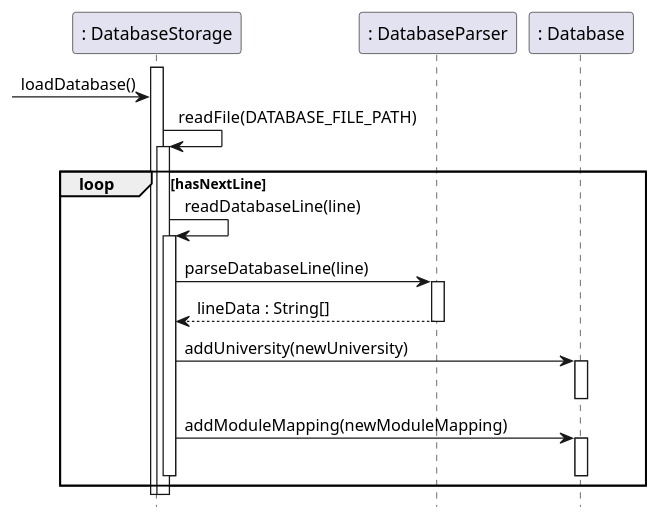
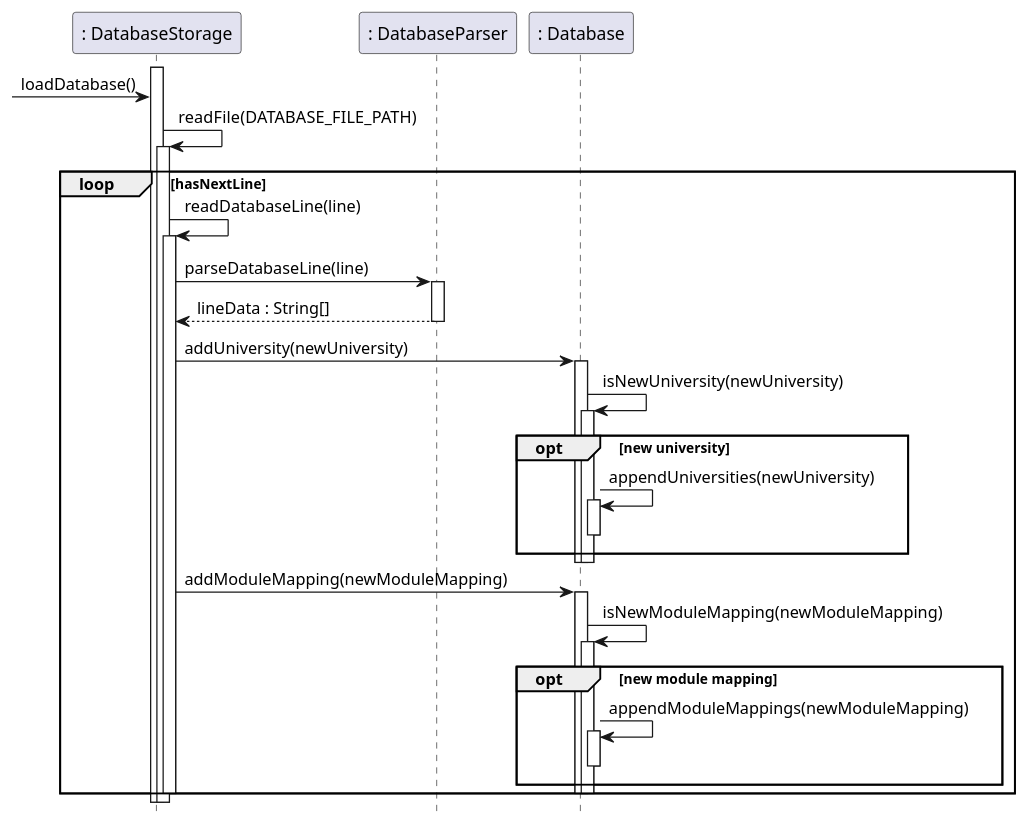
One commit to nus-cs2113-AY2223S1/tp changed the diagram in docs/diagrams/Database_Sequence.puml. Above: the diagram before and after it, drawn with PlantUML. The commit also changed 2 other files, not shown here.

Commit message:
Update database sequence diagram

```diff
--- a/docs/diagrams/Database_Sequence.puml
+++ b/docs/diagrams/Database_Sequence.puml
@@ -1,36 +1,64 @@
 @startuml
 
 hide footbox
 
 activate ": DatabaseStorage"
 
 -> ": DatabaseStorage" : loadDatabase()
 
 ": DatabaseStorage" -> ": DatabaseStorage" : readFile(DATABASE_FILE_PATH)
 activate ": DatabaseStorage"
 
 loop hasNextLine
     ": DatabaseStorage" -> ": DatabaseStorage" : readDatabaseLine(line)
     activate ": DatabaseStorage"
 
     ": DatabaseStorage" -> ": DatabaseParser" : parseDatabaseLine(line)
     activate ": DatabaseParser"
     ": DatabaseParser" --> ": DatabaseStorage" : lineData : String[]
     deactivate ": DatabaseParser"
 
     ": DatabaseStorage" -> ": Database" : addUniversity(newUniversity)
     activate ": Database"
+
+    ": Database" -> ": Database" : isNewUniversity(newUniversity)
+    activate ": Database"
+
+    opt new university
+
+        ": Database" -> ": Database" : appendUniversities(newUniversity)
+        activate ": Database"
+        deactivate ": Database"
+
+    end
+
+    deactivate ": Database"
+
     deactivate ": Database"
 
     ": DatabaseStorage" -> ": Database" : addModuleMapping(newModuleMapping)
     activate ": Database"
+
+    ": Database" -> ": Database" : isNewModuleMapping(newModuleMapping)
+    activate ": Database"
+
+    opt new module mapping
+
+        ": Database" -> ": Database" : appendModuleMappings(newModuleMapping)
+        activate ": Database"
+        deactivate ": Database"
+
+    end
+
+    deactivate ": Database"
+
     deactivate ": Database"
 
     deactivate ": DatabaseStorage"
 end
 
 deactivate ": DatabaseStorage"
 
 deactivate ": DatabaseStorage"
 
 @enduml
```
